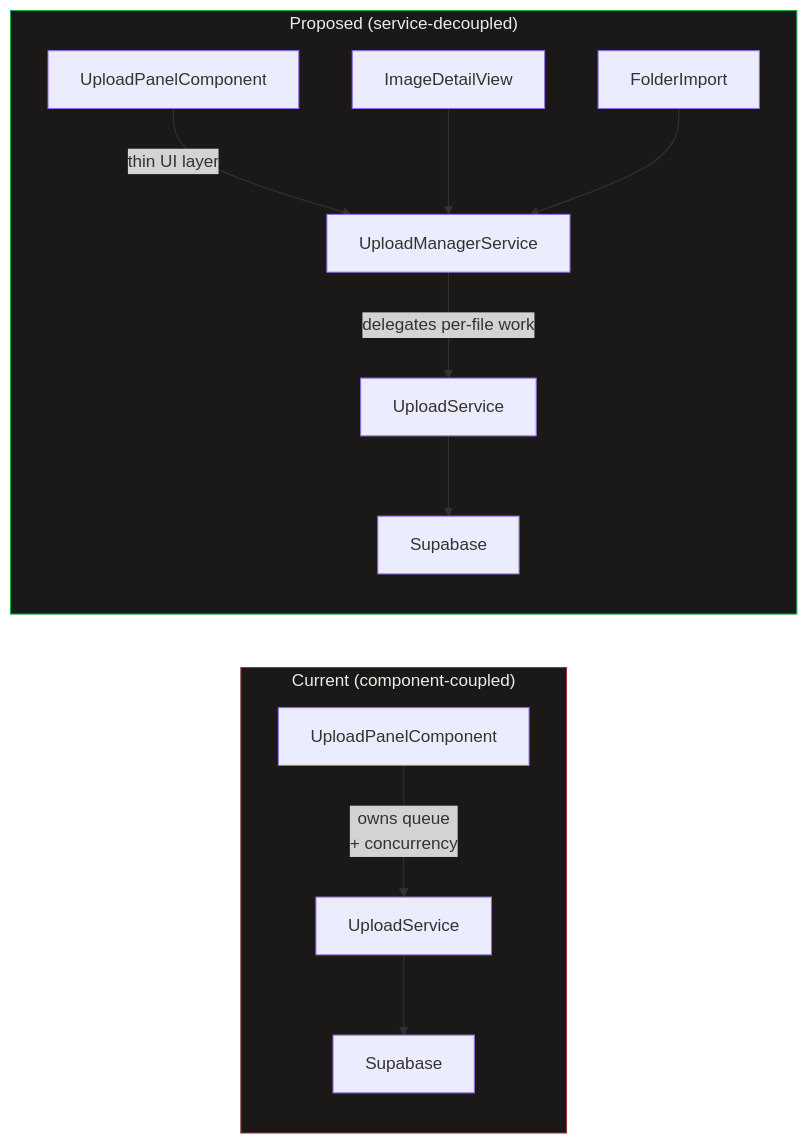
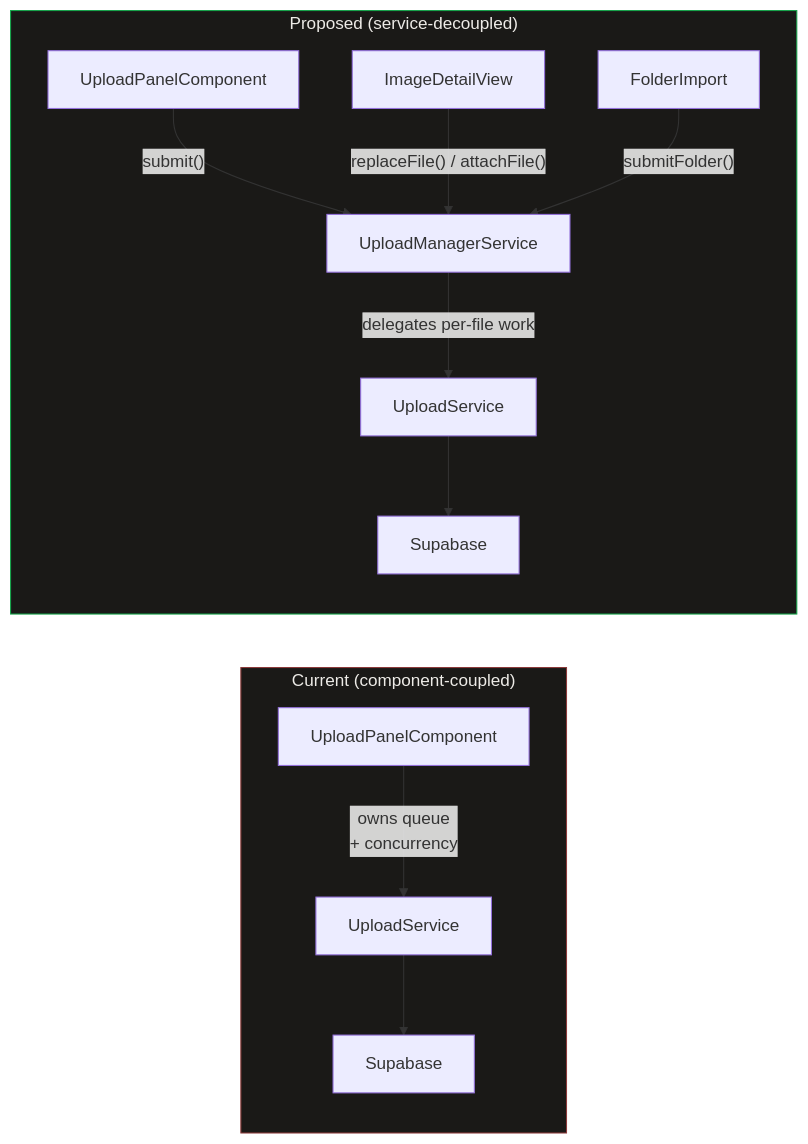
Before and after one commit to matkleve/sitesnap: diagram 12 of 12 in docs/element-specs/upload-manager.md, drawn with Mermaid. The commit also changed other lines of this file and 4 other files, not shown here.

First line of the commit message:
feat: Implement replace and attach photo functionality in UploadManagerService

````diff
--- a/docs/element-specs/upload-manager.md
+++ b/docs/element-specs/upload-manager.md
@@ -937,18 +1110,18 @@
 ```mermaid
 graph LR
   subgraph Before["Current (component-coupled)"]
     A["UploadPanelComponent"] -->|"owns queue<br/>+ concurrency"| B["UploadService"]
     B --> C["Supabase"]
   end
 
   subgraph After["Proposed (service-decoupled)"]
-    D["UploadPanelComponent"] -->|"thin UI layer"| E["UploadManagerService"]
-    F["ImageDetailView"] --> E
-    G["FolderImport"] --> E
+    D["UploadPanelComponent"] -->|"submit()"| E["UploadManagerService"]
+    F["ImageDetailView"] -->|"replaceFile() / attachFile()"| E
+    G["FolderImport"] -->|"submitFolder()"| E
     E -->|"delegates per-file work"| H["UploadService"]
     H --> I["Supabase"]
   end
 
   style Before fill:#1a1917,stroke:#8B3A3A,color:#EDEBE7
   style After fill:#1a1917,stroke:#16A34A,color:#EDEBE7
 ```
````
